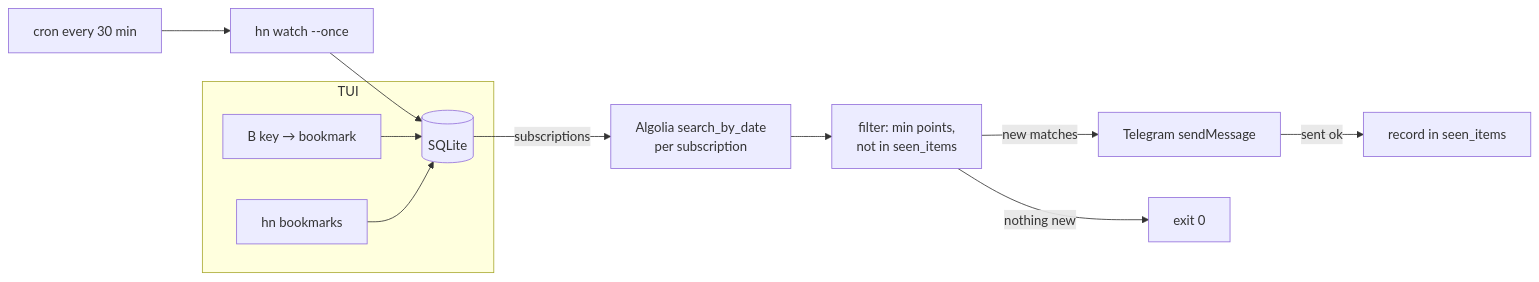
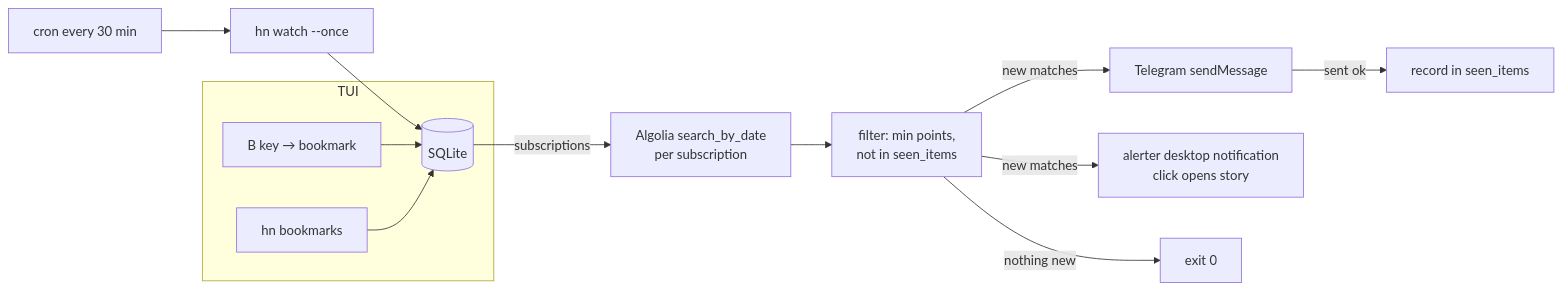
Before and after one commit to navinrc/hn-bits: the diagram in specs/v3/00-overview.md, drawn with Mermaid. The commit also changed other lines of this file and 3 other files, not shown here.

First line of the commit message:
docs(specs): v3 desktop notifications via alerter

````diff
--- a/specs/v3/00-overview.md
+++ b/specs/v3/00-overview.md
@@ -25,14 +25,15 @@
 ```mermaid
 flowchart LR
     CRON[cron every 30 min] --> W[hn watch --once]
     W --> DB[(SQLite)]
     DB -->|subscriptions| Q[Algolia search_by_date<br/>per subscription]
     Q --> F[filter: min points,<br/>not in seen_items]
     F -->|new matches| N[Telegram sendMessage]
+    F -->|new matches| D[alerter desktop notification<br/>click opens story]
     N -->|sent ok| S[record in seen_items]
     F -->|nothing new| X[exit 0]
     subgraph TUI
         B[B key → bookmark] --> DB
         BM[hn bookmarks] --> DB
     end
 ```
````
